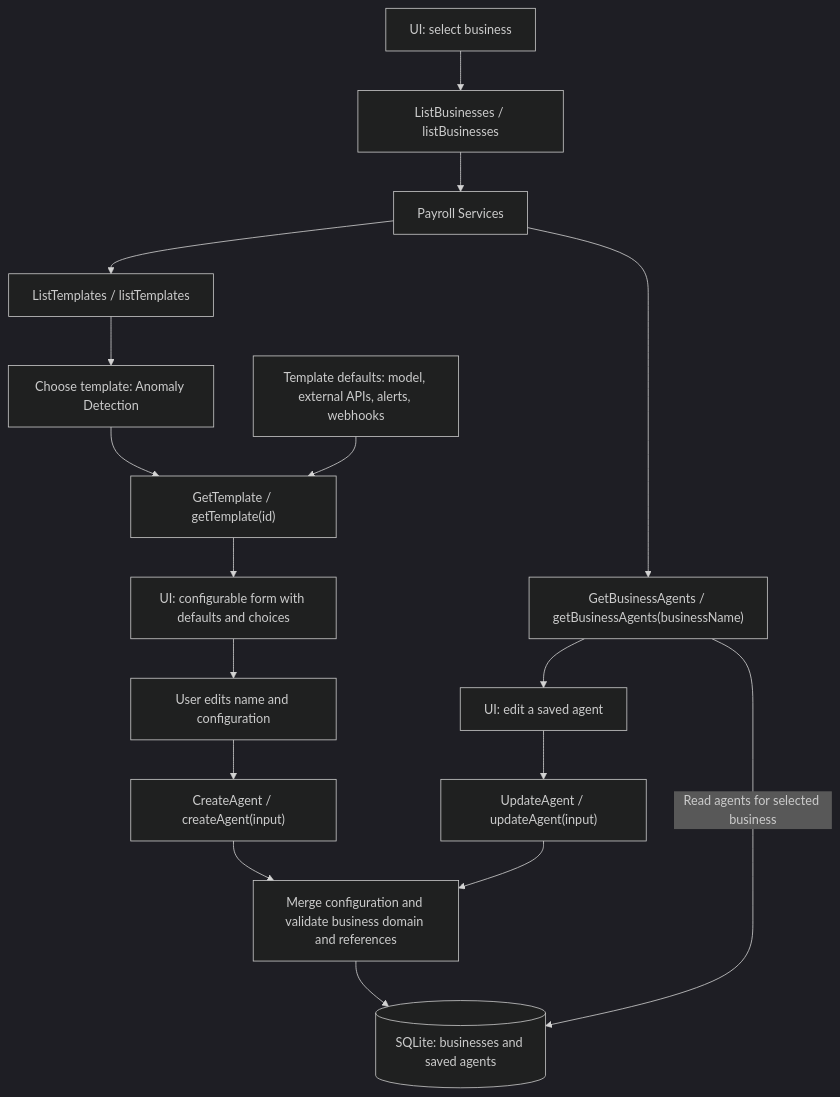
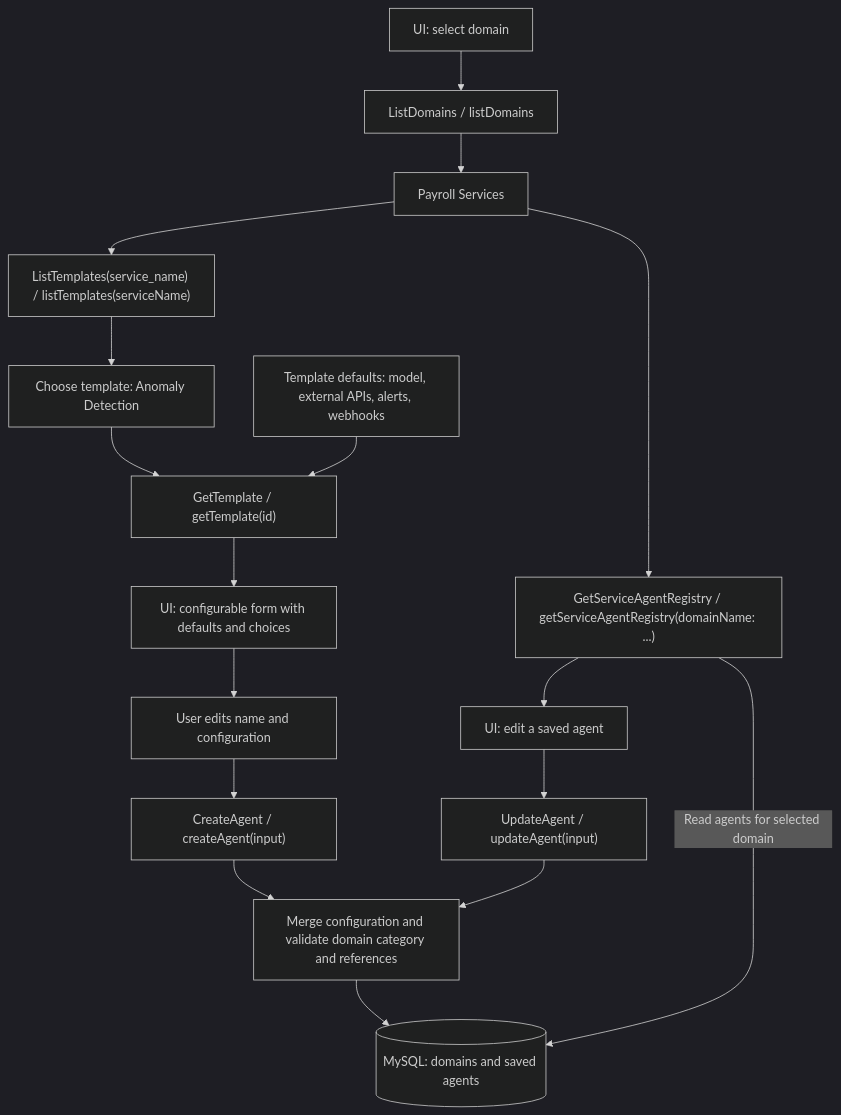
One commit to Tri-Hackathon-Inc/Payroll-Agent changed the first of 2 diagrams in backend/AGENTS.md. Above: the diagram before and after it, drawn with Mermaid (dark theme). The commit also changed other lines of this file and 42 other files, not shown here.

````diff
--- a/backend/AGENTS.md
+++ b/backend/AGENTS.md
@@ -43,19 +44,19 @@
 ```mermaid
 flowchart TD
-    UI["UI: select business"] --> Businesses["ListBusinesses / listBusinesses"]
-    Businesses --> Business["Payroll Services"]
-    Business --> List["ListTemplates / listTemplates"]
+    UI["UI: select domain"] --> Domains["ListDomains / listDomains"]
+    Domains --> Domain["Payroll Services"]
+    Domain --> List["ListTemplates(service_name) / listTemplates(serviceName)"]
     List --> Choose["Choose template: Anomaly Detection"]
     Choose --> Detail["GetTemplate / getTemplate(id)"]
     Config["Template defaults: model, external APIs, alerts, webhooks"] --> Detail
     Detail --> Form["UI: configurable form with defaults and choices"]
     Form --> Input["User edits name and configuration"]
     Input --> Create["CreateAgent / createAgent(input)"]
-    Create --> Validate["Merge configuration and validate business domain and references"]
-    Validate --> DB[("SQLite: businesses and saved agents")]
-    Business --> Agents["GetBusinessAgents / getBusinessAgents(businessName)"]
-    Agents -->|Read agents for selected business| DB
+    Create --> Validate["Merge configuration and validate domain category and references"]
+    Validate --> DB[("MySQL: domains and saved agents")]
+    Domain --> Agents["GetServiceAgentRegistry / getServiceAgentRegistry(domainName: ...)"]
+    Agents -->|Read agents for selected domain| DB
     Agents --> Edit["UI: edit a saved agent"]
     Edit --> Update["UpdateAgent / updateAgent(input)"]
     Update --> Validate
 ```
````
